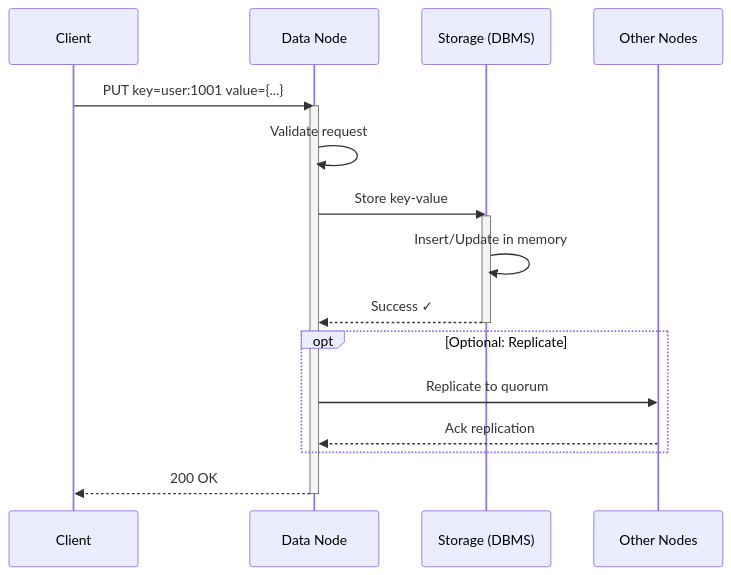
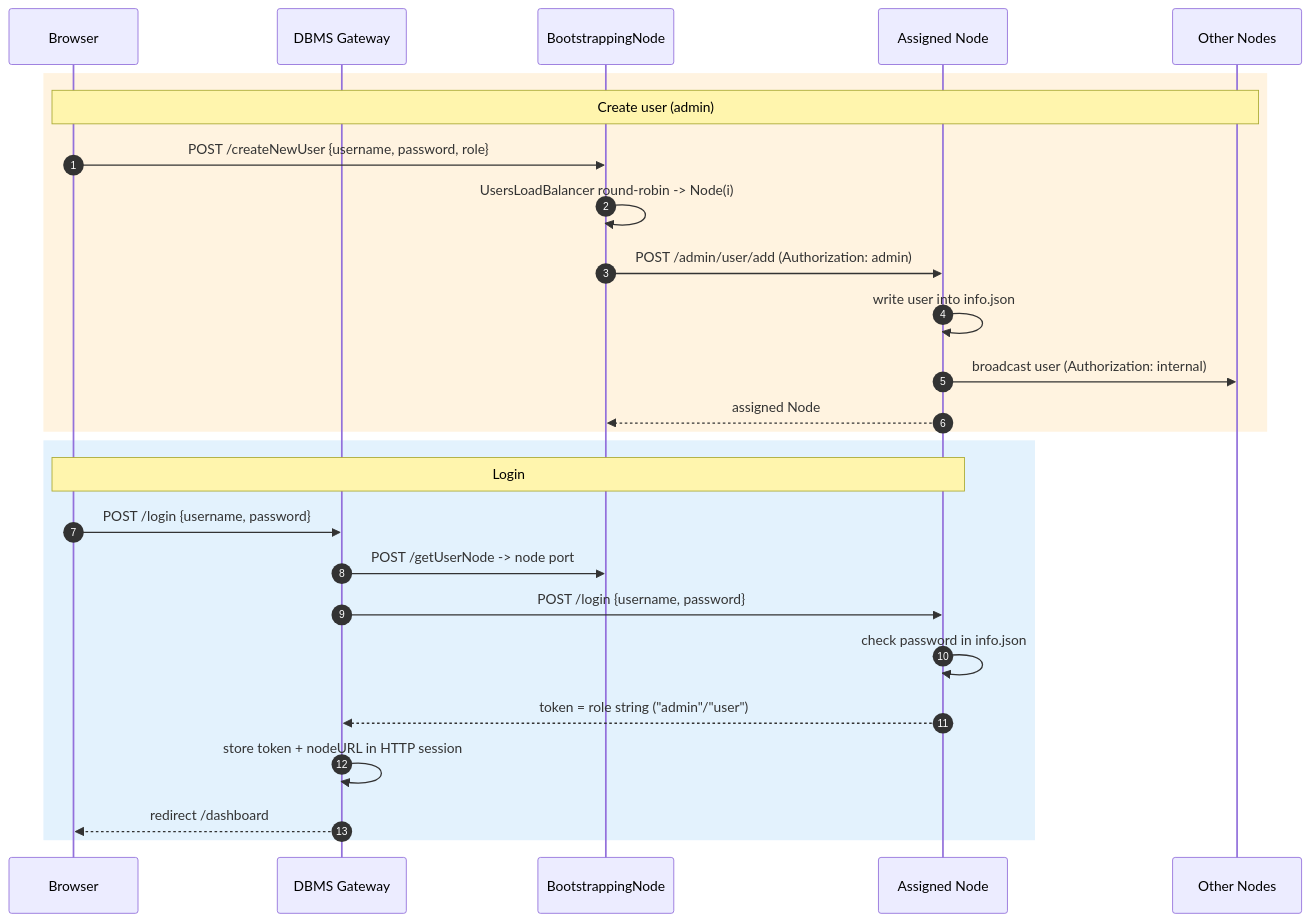
One commit to MahmoudHaifawi/NoSQL-Database changed the third of 6 diagrams in README.md. Above: the diagram before and after it, drawn with Mermaid. The commit also changed other lines of this file, not shown here.

````diff
--- a/README.md
+++ b/README.md
@@ -72,24 +153,30 @@
 ```mermaid
 sequenceDiagram
-    participant Client
-    participant Node as Data Node
-    participant DBMS as Storage (DBMS)
+    autonumber
+    participant U as Browser
+    participant DBMS as DBMS Gateway
+    participant Boot as BootstrappingNode
+    participant Nx as Assigned Node
     participant Peers as Other Nodes
 
-    Client->>Node: PUT key=user:1001 value={...}
-    activate Node
-    Node->>Node: Validate request
-    Node->>DBMS: Store key-value
-    activate DBMS
-    DBMS->>DBMS: Insert/Update in memory
-    DBMS-->>Node: Success ✓
-    deactivate DBMS
-    
-    opt Optional: Replicate
-        Node->>Peers: Replicate to quorum
-        Peers-->>Node: Ack replication
+    rect rgb(255,243,224)
+    Note over U,Peers: Create user (admin)
+    U->>Boot: POST /createNewUser {username, password, role}
+    Boot->>Boot: UsersLoadBalancer round-robin -> Node(i)
+    Boot->>Nx: POST /admin/user/add (Authorization: admin)
+    Nx->>Nx: write user into info.json
+    Nx->>Peers: broadcast user (Authorization: internal)
+    Nx-->>Boot: assigned Node
     end
-    
-    Node-->>Client: 200 OK
-    deactivate Node
+
+    rect rgb(227,242,253)
+    Note over U,Nx: Login
+    U->>DBMS: POST /login {username, password}
+    DBMS->>Boot: POST /getUserNode  -> node port
+    DBMS->>Nx: POST /login {username, password}
+    Nx->>Nx: check password in info.json
+    Nx-->>DBMS: token = role string ("admin"/"user")
+    DBMS->>DBMS: store token + nodeURL in HTTP session
+    DBMS-->>U: redirect /dashboard
+    end
 ```
````
